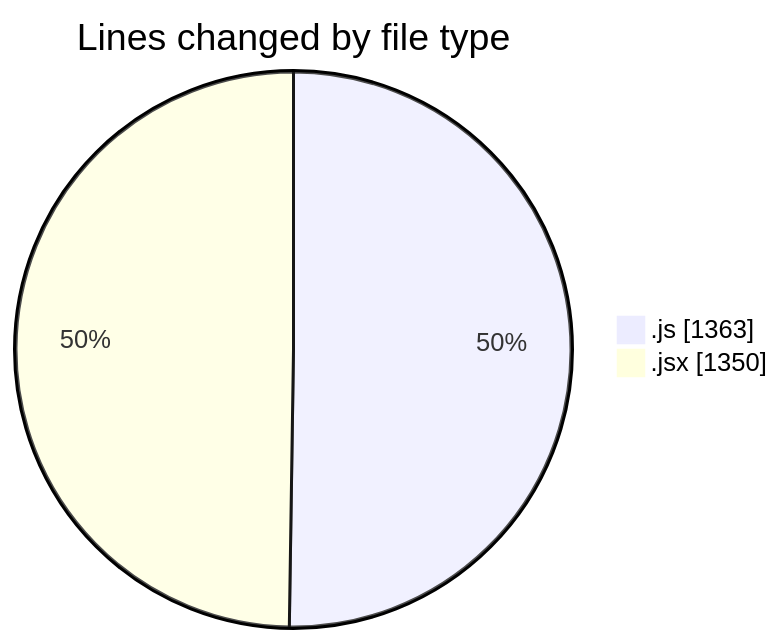
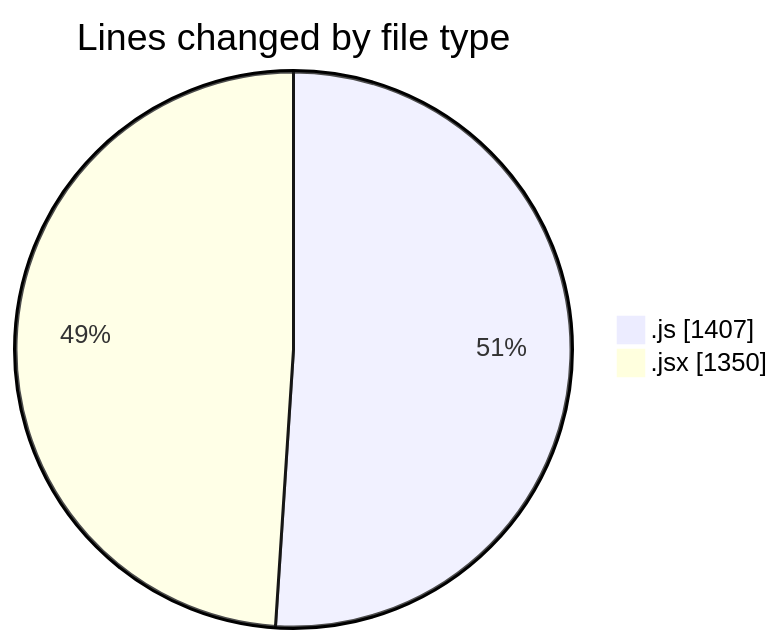
One commit to nxtqubesakshisongat/code-tracking changed the first of 2 diagrams in 2025-09-19/nxtqube_webapp/README.md. Above: the diagram before and after it, drawn with Mermaid. The commit also changed other lines of this file and 1 other file, not shown here.

````diff
--- a/2025-09-19/nxtqube_webapp/README.md
+++ b/2025-09-19/nxtqube_webapp/README.md
@@ -23,6 +23,6 @@
 ```mermaid
 pie showData
 title Lines changed by file type
-".js" : 1363
+".js" : 1407
 ".jsx" : 1350
 ```
````
